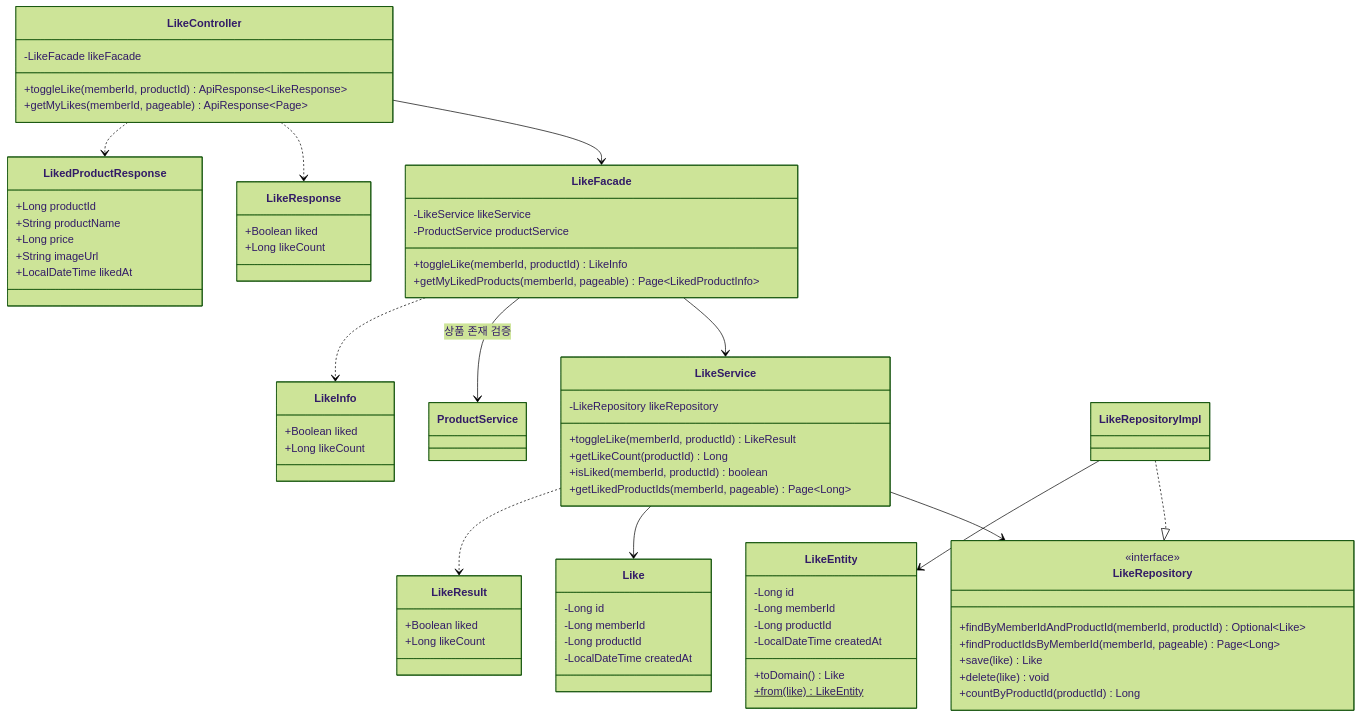
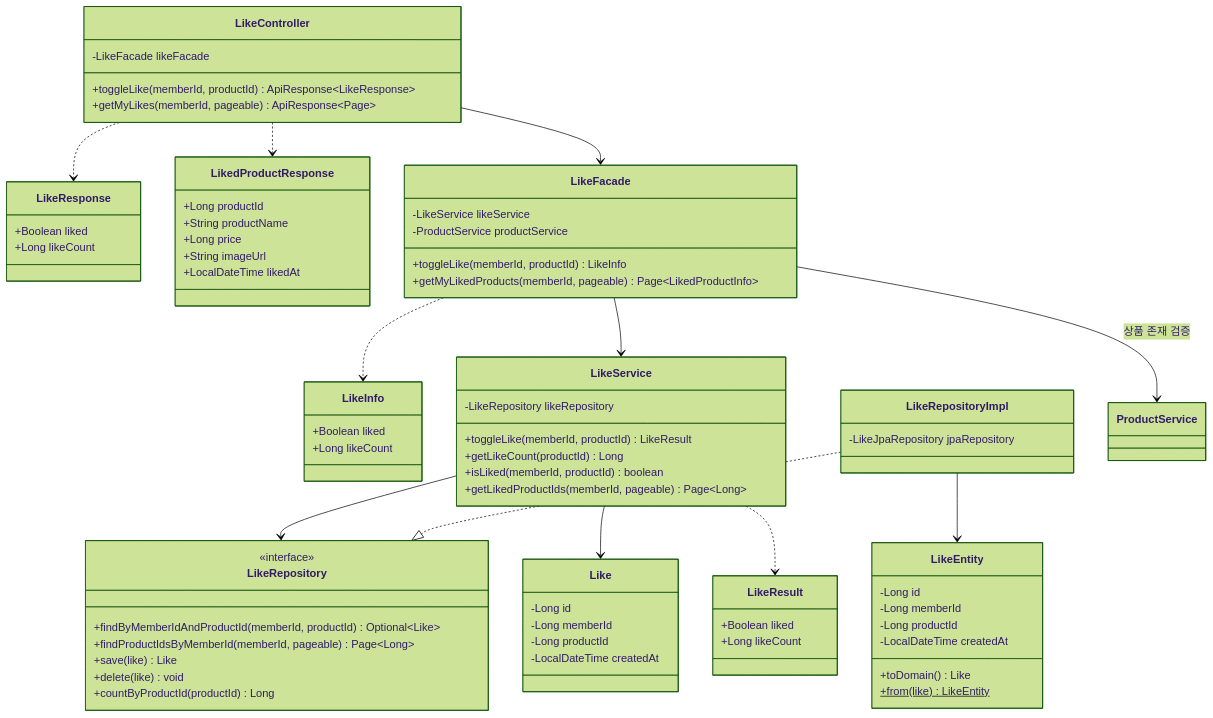
One commit to letter333/loop-pack-be-l2-vol3-java changed the seventh of 11 diagrams in docs/design/03-class-diagram.md. Above: the diagram before and after it, drawn with Mermaid (forest theme). The commit also changed other lines of this file and 3 other files, not shown here.

```diff
--- a/docs/design/03-class-diagram.md
+++ b/docs/design/03-class-diagram.md
@@ -884,6 +812,10 @@
         +countByProductId(productId) Long
     }
 
+    class LikeRepositoryImpl {
+        -LikeJpaRepository jpaRepository
+    }
+
     class LikeEntity {
         -Long id
         -Long memberId
```
